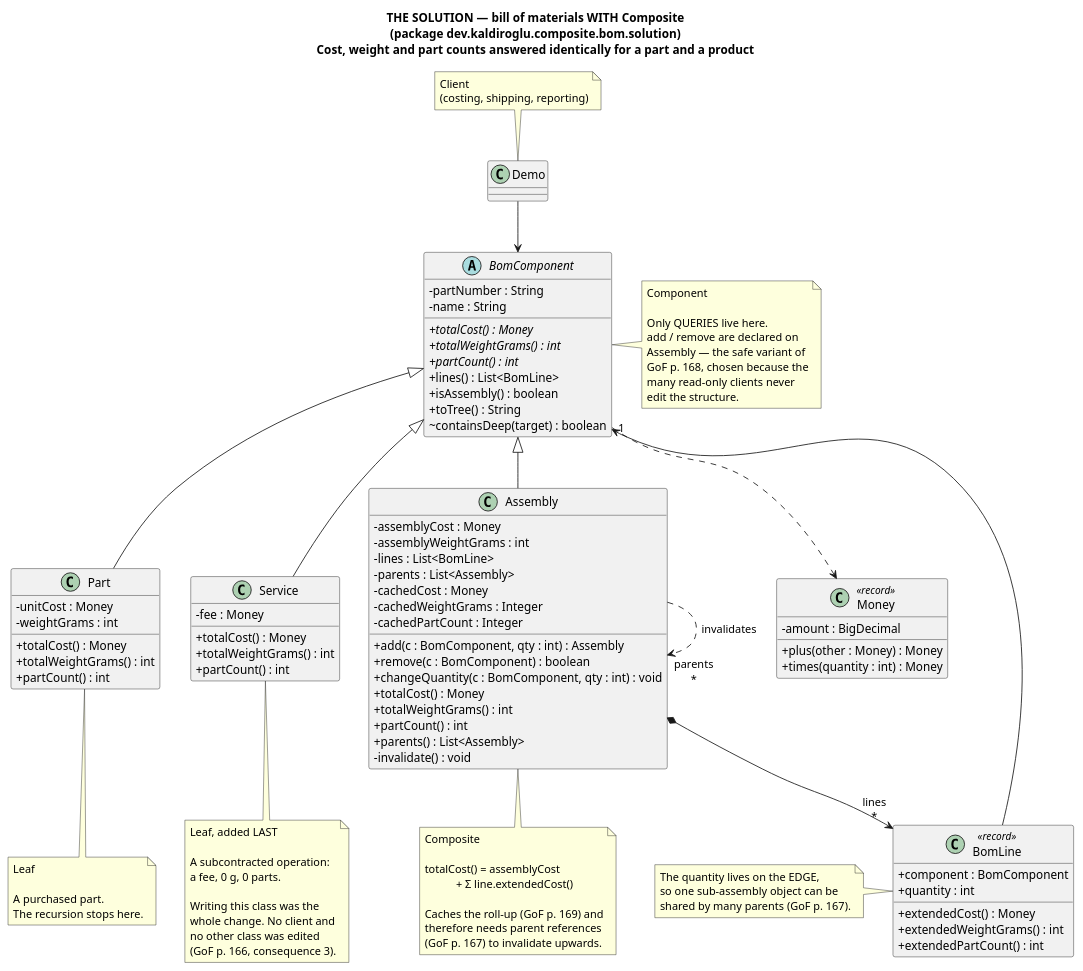
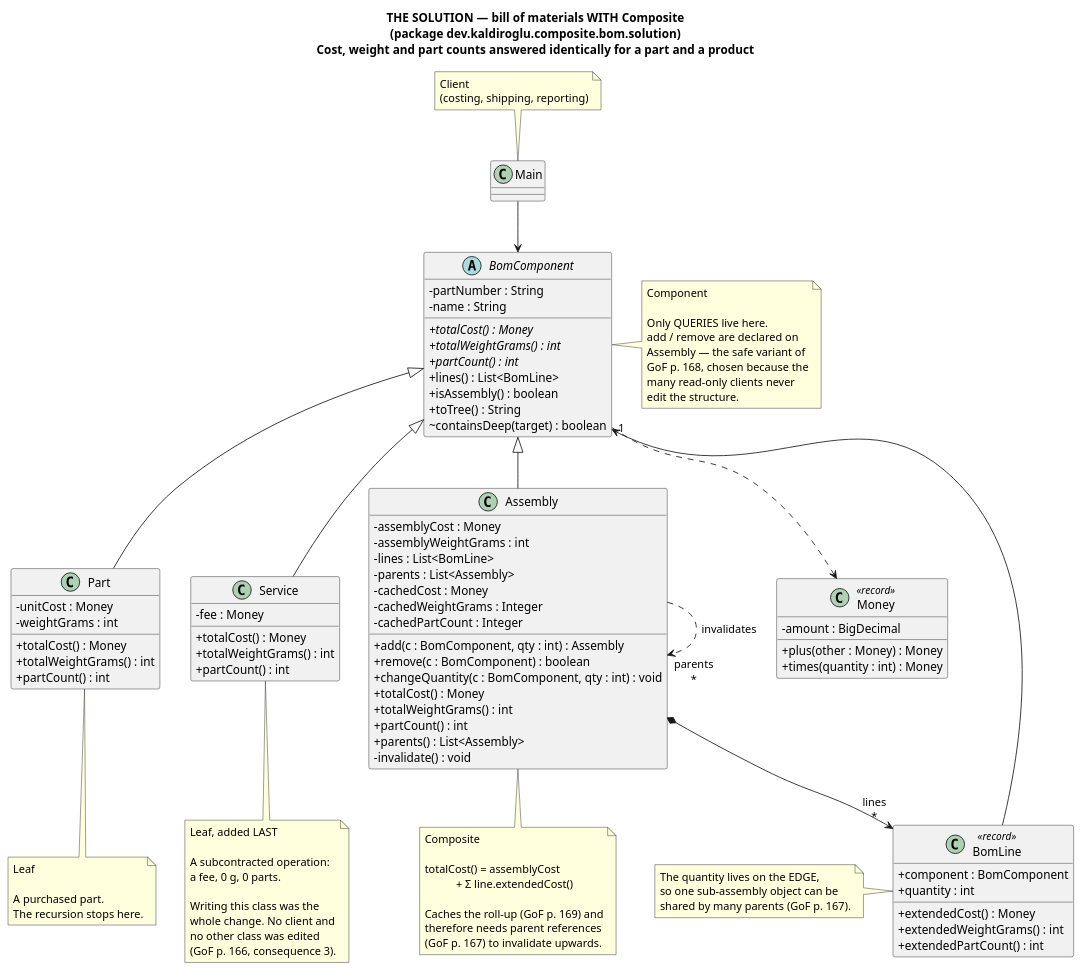
Before and after one commit to kaldiroglu/DesignPatternsWithJava: the diagram in src/main/java/dev/kaldiroglu/dp/structural/composite/bom/uml/composite-bom-solution.puml, drawn with PlantUML. The commit also changed 5 other files, not shown here.

First line of the commit message:
Composite BoM: rename solution Demo to Main

```diff
--- a/src/main/java/dev/kaldiroglu/dp/structural/composite/bom/uml/composite-bom-solution.puml
+++ b/src/main/java/dev/kaldiroglu/dp/structural/composite/bom/uml/composite-bom-solution.puml
@@ -1,118 +1,118 @@
 @startuml Composite-BOM-Solution
 skinparam classAttributeIconSize 0
 title THE SOLUTION — bill of materials WITH Composite\n(package dev.kaldiroglu.composite.bom.solution)\nCost, weight and part counts answered identically for a part and a product
 
 abstract class BomComponent {
   - partNumber : String
   - name : String
   + {abstract} totalCost() : Money
   + {abstract} totalWeightGrams() : int
   + {abstract} partCount() : int
   + lines() : List<BomLine>
   + isAssembly() : boolean
   + toTree() : String
   ~ containsDeep(target) : boolean
 }
 note right of BomComponent
   Component
 
   Only QUERIES live here.
   add / remove are declared on
   Assembly — the safe variant of
   GoF p. 168, chosen because the
   many read-only clients never
   edit the structure.
 end note
 
 class Part {
   - unitCost : Money
   - weightGrams : int
   + totalCost() : Money
   + totalWeightGrams() : int
   + partCount() : int
 }
 note bottom of Part
   Leaf
 
   A purchased part.
   The recursion stops here.
 end note
 
 class Assembly {
   - assemblyCost : Money
   - assemblyWeightGrams : int
   - lines : List<BomLine>
   - parents : List<Assembly>
   - cachedCost : Money
   - cachedWeightGrams : Integer
   - cachedPartCount : Integer
   + add(c : BomComponent, qty : int) : Assembly
   + remove(c : BomComponent) : boolean
   + changeQuantity(c : BomComponent, qty : int) : void
   + totalCost() : Money
   + totalWeightGrams() : int
   + partCount() : int
   + parents() : List<Assembly>
   - invalidate() : void
 }
 note bottom of Assembly
   Composite
 
   totalCost() = assemblyCost
              + Σ line.extendedCost()
 
   Caches the roll-up (GoF p. 169) and
   therefore needs parent references
   (GoF p. 167) to invalidate upwards.
 end note
 
 class Service {
   - fee : Money
   + totalCost() : Money
   + totalWeightGrams() : int
   + partCount() : int
 }
 note bottom of Service
   Leaf, added LAST
 
   A subcontracted operation:
   a fee, 0 g, 0 parts.
 
   Writing this class was the
   whole change. No client and
   no other class was edited
   (GoF p. 166, consequence 3).
 end note
 
 class BomLine <<record>> {
   + component : BomComponent
   + quantity : int
   + extendedCost() : Money
   + extendedWeightGrams() : int
   + extendedPartCount() : int
 }
 note left of BomLine
   The quantity lives on the EDGE,
   so one sub-assembly object can be
   shared by many parents (GoF p. 167).
 end note
 
 class Money <<record>> {
   - amount : BigDecimal
   + plus(other : Money) : Money
   + times(quantity : int) : Money
 }
 
-class Demo
-note top of Demo : Client\n(costing, shipping, reporting)
+class Main
+note top of Main : Client\n(costing, shipping, reporting)
 
-Demo --> BomComponent
+Main --> BomComponent
 BomComponent <|-- Part
 BomComponent <|-- Service
 BomComponent <|-- Assembly
 Assembly *--> "lines\n*" BomLine
 BomLine --> "1" BomComponent
 Assembly ..> "parents\n*" Assembly : invalidates
 BomComponent ..> Money
 
 @enduml
```
